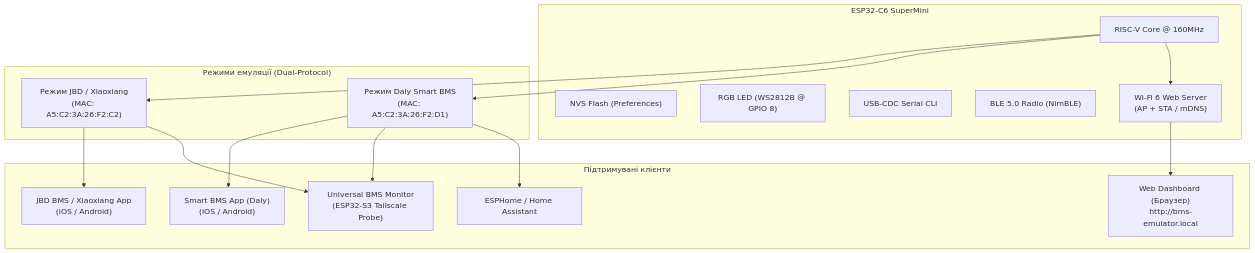
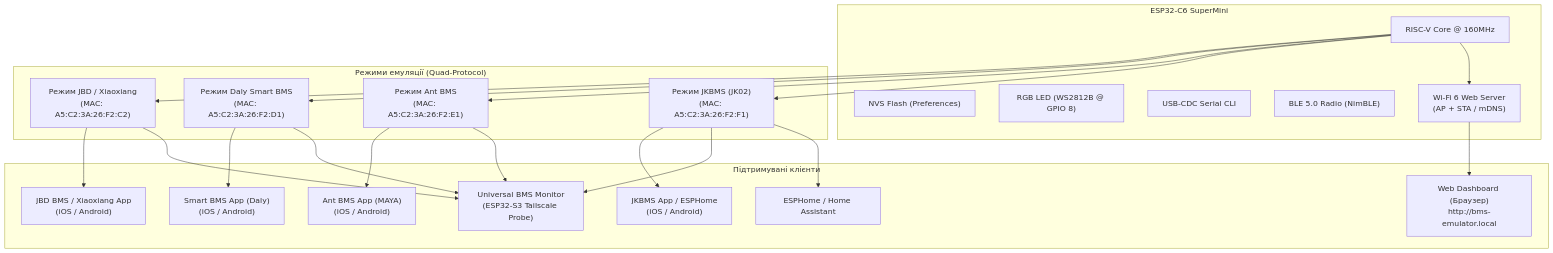
Before and after one commit to tigersumy/JBD-BMS-Emulator-ESP32C6: the diagram in PROJECT_CAPABILITIES_UA.md, drawn with Mermaid. The commit also changed other lines of this file and 10 other files, not shown here.

Commit message:
feat: Add Ant BMS and JKBMS emulation (Quad-Protocol 4-in-1 universal BMS emulator)

````diff
--- a/PROJECT_CAPABILITIES_UA.md
+++ b/PROJECT_CAPABILITIES_UA.md
@@ -26,34 +28,44 @@
 ```mermaid
 flowchart TD
     subgraph Hardware ["ESP32-C6 SuperMini"]
         Core["RISC-V Core @ 160MHz"]
         NVS["NVS Flash (Preferences)"]
         RGB["RGB LED (WS2812B @ GPIO 8)"]
         USB["USB-CDC Serial CLI"]
         BLE["BLE 5.0 Radio (NimBLE)"]
         WIFI["Wi-Fi 6 Web Server\n(AP + STA / mDNS)"]
     end
 
-    subgraph Modes ["Режими емуляції (Dual-Protocol)"]
+    subgraph Modes ["Режими емуляції (Quad-Protocol)"]
         JBD["Режим JBD / Xiaoxiang\n(MAC: A5:C2:3A:26:F2:C2)"]
         DALY["Режим Daly Smart BMS\n(MAC: A5:C2:3A:26:F2:D1)"]
+        ANT["Режим Ant BMS\n(MAC: A5:C2:3A:26:F2:E1)"]
+        JK["Режим JKBMS (JK02)\n(MAC: A5:C2:3A:26:F2:F1)"]
     end
 
     subgraph Clients ["Підтримувані клієнти"]
         AppJBD["JBD BMS / Xiaoxiang App\n(iOS / Android)"]
         AppDaly["Smart BMS App (Daly)\n(iOS / Android)"]
+        AppAnt["Ant BMS App (MAYA)\n(iOS / Android)"]
+        AppJK["JKBMS App / ESPHome\n(iOS / Android)"]
         WebUI["Web Dashboard (Браузер)\nhttp://bms-emulator.local"]
         Probe["Universal BMS Monitor\n(ESP32-S3 Tailscale Probe)"]
         HA["ESPHome / Home Assistant"]
     end
 
     Core --> JBD
     Core --> DALY
+    Core --> ANT
+    Core --> JK
     Core --> WIFI
     WIFI --> WebUI
     JBD --> AppJBD
     JBD --> Probe
     DALY --> AppDaly
     DALY --> Probe
-    DALY --> HA
+    ANT --> AppAnt
+    ANT --> Probe
+    JK --> AppJK
+    JK --> Probe
+    JK --> HA
 ```
````
